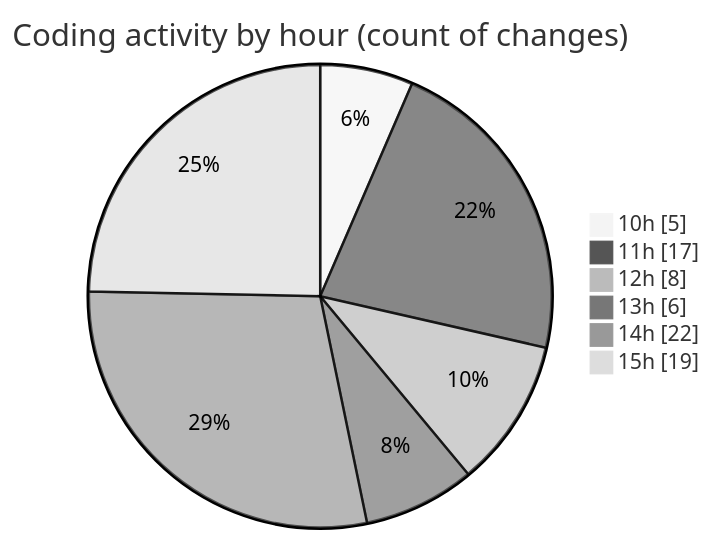
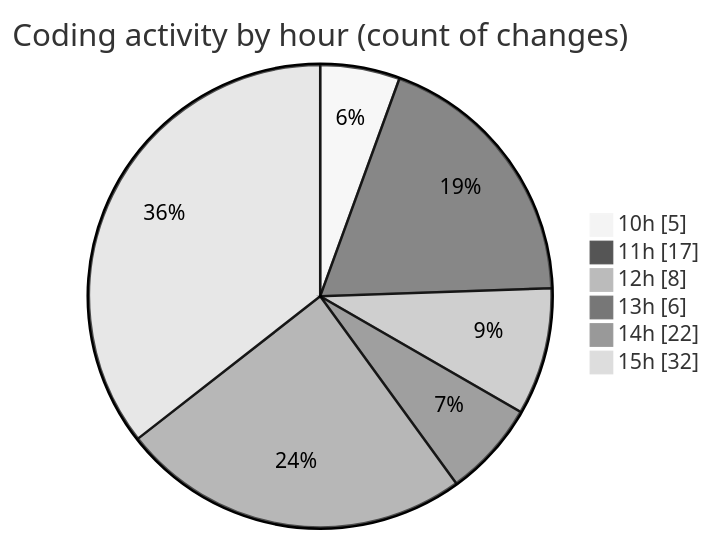
Before and after one commit to CELIANVF/code-tracking: the second of 2 diagrams in 2025-05-05/ecodeli/README.md, drawn with Mermaid (neutral theme). The commit also changed other lines of this file and 1 other file, not shown here.

````diff
--- a/2025-05-05/ecodeli/README.md
+++ b/2025-05-05/ecodeli/README.md
@@ -60,10 +65,10 @@
 ```mermaid
 pie showData
 title Coding activity by hour (count of changes)
 "10h" : 5
 "11h" : 17
 "12h" : 8
 "13h" : 6
 "14h" : 22
-"15h" : 19
+"15h" : 32
 ```
````
